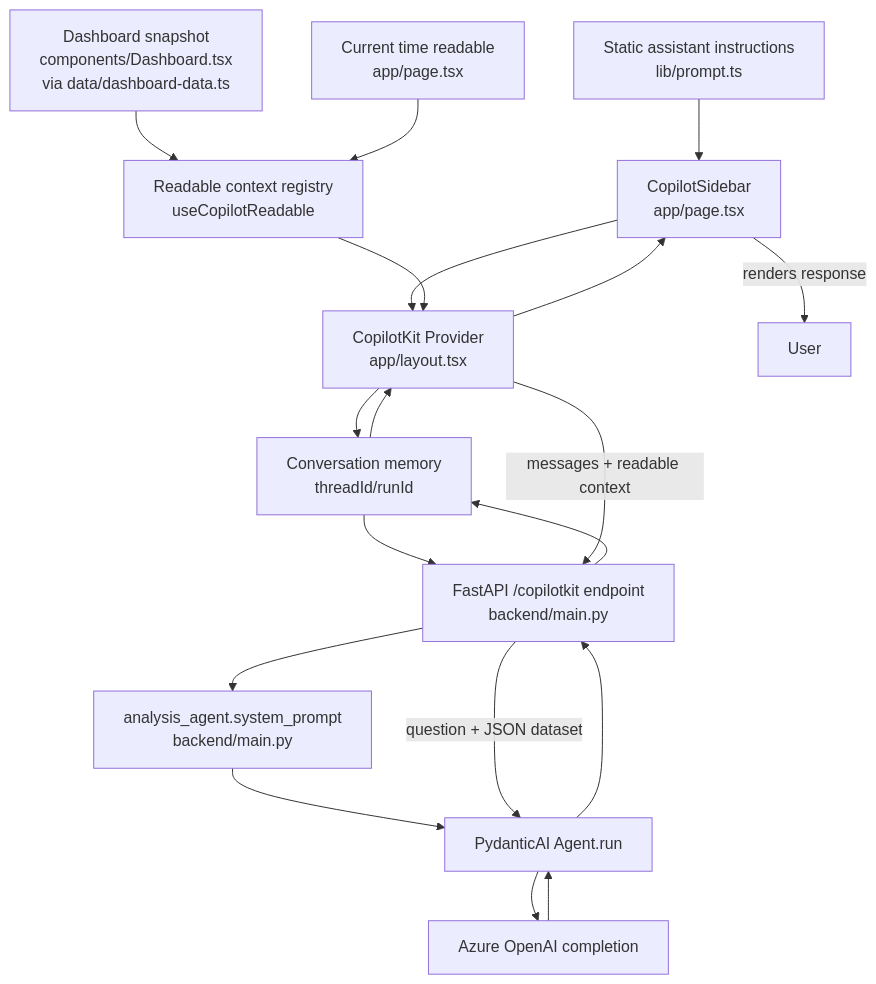
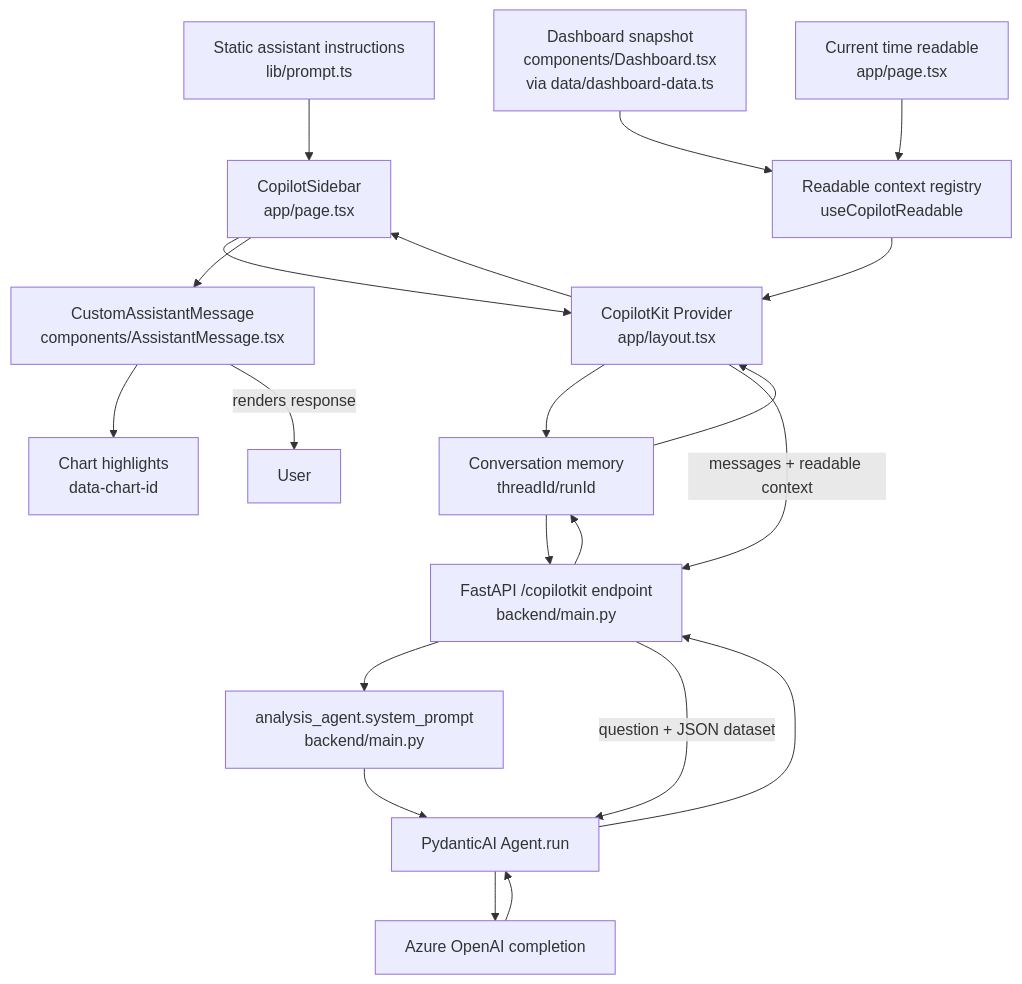
Before and after one commit to chris-han/CopilotKit: the third of 5 diagrams in examples/copilot-chat-with-your-data/architecture.md, drawn with Mermaid. The commit also changed other lines of this file and 4 other files, not shown here.

First line of the commit message:
feat(ui): enhance chart highlight and assistant prompt handling

````diff
--- a/examples/copilot-chat-with-your-data/architecture.md
+++ b/examples/copilot-chat-with-your-data/architecture.md
@@ -111,34 +112,38 @@
 ```mermaid
 flowchart TD
     StaticPrompt["Static assistant instructions<br>lib/prompt.ts"]
     Sidebar["CopilotSidebar<br>app/page.tsx"]
+    CustomMessage["CustomAssistantMessage<br>components/AssistantMessage.tsx"]
+    Highlight["Chart highlights<br>data-chart-id"]
     Provider["CopilotKit Provider<br>app/layout.tsx"]
     Readables["Readable context registry<br>useCopilotReadable"]
     DashboardData["Dashboard snapshot<br>components/Dashboard.tsx<br>via data/dashboard-data.ts"]
     ClockReadable["Current time readable<br>app/page.tsx"]
     ThreadMemory["Conversation memory<br>threadId/runId"]
     FastAPI["FastAPI /copilotkit endpoint<br>backend/main.py"]
     SystemPrompt["analysis_agent.system_prompt<br>backend/main.py"]
     Agent["PydanticAI Agent.run"]
     Azure["Azure OpenAI completion"]
     User["User"]
 
     StaticPrompt --> Sidebar
     Sidebar --> Provider
     Provider --> ThreadMemory
     DashboardData --> Readables
     ClockReadable --> Readables
     Readables --> Provider
     ThreadMemory --> FastAPI
     Provider -->|"messages + readable context"| FastAPI
     FastAPI --> SystemPrompt
     SystemPrompt --> Agent
     FastAPI -->|"question + JSON dataset"| Agent
     Agent --> Azure
     Azure --> Agent
     Agent --> FastAPI
     FastAPI --> ThreadMemory
     ThreadMemory --> Provider
     Provider --> Sidebar
-    Sidebar -->|"renders response"| User
+    Sidebar --> CustomMessage
+    CustomMessage --> Highlight
+    CustomMessage -->|"renders response"| User
 ```
````
